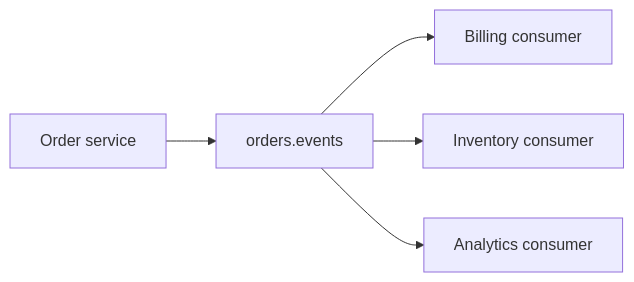
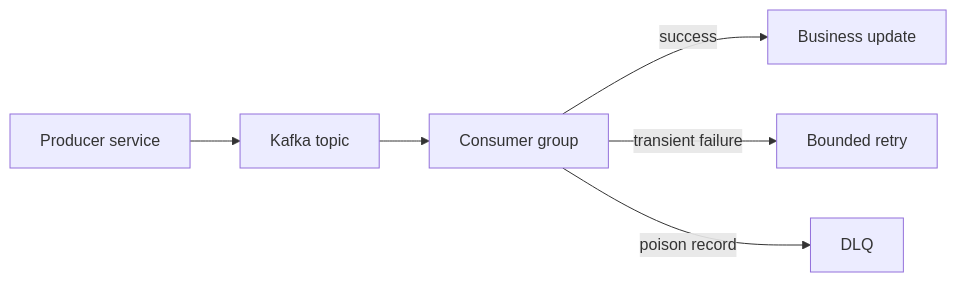
Before and after one commit to sandeepbhardwaj/sandeepbhardwaj.github.io: the diagram in _posts/2026-05-28-event-driven-architecture-kafka-java.md, drawn with Mermaid. The commit also changed other lines of this file and 113 other files, not shown here.

````diff
--- a/_posts/2026-05-28-event-driven-architecture-kafka-java.md
+++ b/_posts/2026-05-28-event-driven-architecture-kafka-java.md
@@ -150,7 +128,8 @@
-        ```mermaid
+```mermaid
 flowchart LR
-    A[Order service] --> B[orders.events]
-    B --> C[Billing consumer]
-    B --> D[Inventory consumer]
-    B --> E[Analytics consumer]
+    A[Producer service] --> B[Kafka topic]
+    B --> C[Consumer group]
+    C -->|success| D[Business update]
+    C -->|transient failure| E[Bounded retry]
+    C -->|poison record| F[DLQ]
 ```
````
